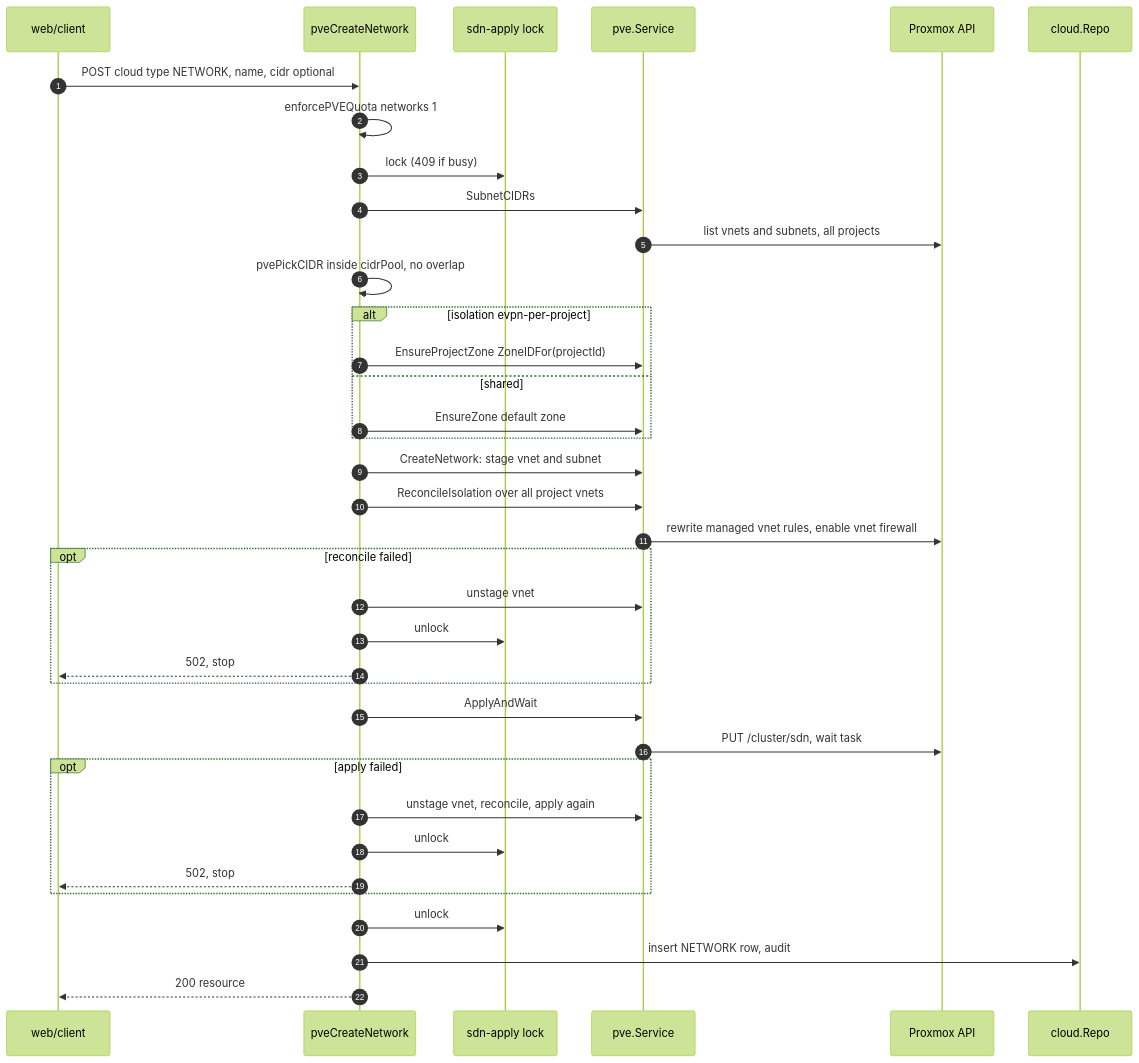
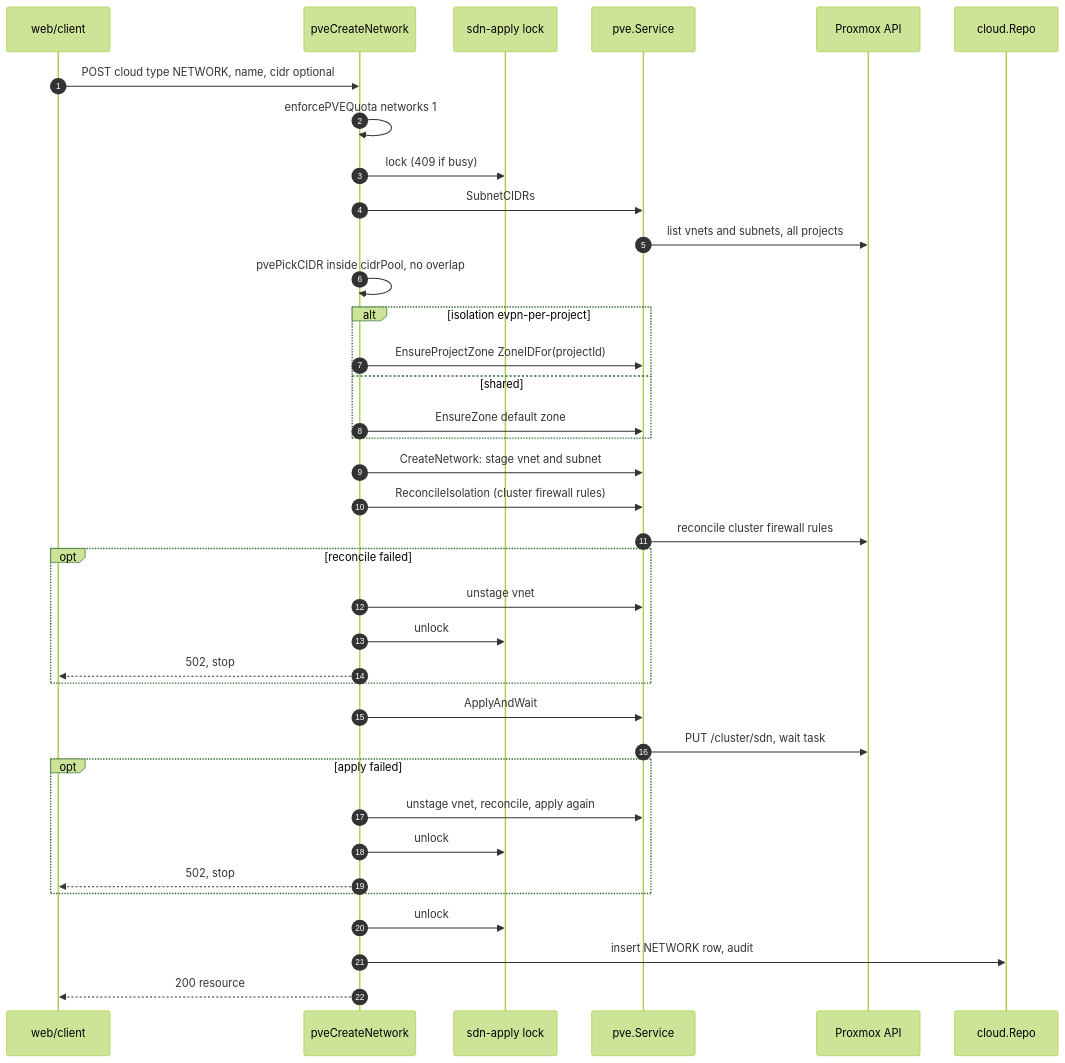
One commit to mutex-solutions/proxcloud changed the fifth of 7 diagrams in docs/architecture/c4/c4-code.md. Above: the diagram before and after it, drawn with Mermaid (forest theme). The commit also changed other lines of this file and 33 other files, not shown here.

First line of the commit message:
fix(pve): make tenant networking work on a real cluster

````diff
--- a/docs/architecture/c4/c4-code.md
+++ b/docs/architecture/c4/c4-code.md
@@ -247,40 +269,40 @@
 ```mermaid
 sequenceDiagram
   autonumber
   participant SPA as web/client
   participant H as pveCreateNetwork
   participant L as sdn-apply lock
   participant PS as pve.Service
   participant PVE as Proxmox API
   participant R as cloud.Repo
 
   SPA->>H: POST cloud type NETWORK, name, cidr optional
   H->>H: enforcePVEQuota networks 1
   H->>L: lock (409 if busy)
   H->>PS: SubnetCIDRs
   PS->>PVE: list vnets and subnets, all projects
   H->>H: pvePickCIDR inside cidrPool, no overlap
   alt isolation evpn-per-project
     H->>PS: EnsureProjectZone ZoneIDFor(projectId)
   else shared
     H->>PS: EnsureZone default zone
   end
   H->>PS: CreateNetwork: stage vnet and subnet
-  H->>PS: ReconcileIsolation over all project vnets
-  PS->>PVE: rewrite managed vnet rules, enable vnet firewall
+  H->>PS: ReconcileIsolation (cluster firewall rules)
+  PS->>PVE: reconcile cluster firewall rules
   opt reconcile failed
     H->>PS: unstage vnet
     H->>L: unlock
     H-->>SPA: 502, stop
   end
   H->>PS: ApplyAndWait
   PS->>PVE: PUT /cluster/sdn, wait task
   opt apply failed
     H->>PS: unstage vnet, reconcile, apply again
     H->>L: unlock
     H-->>SPA: 502, stop
   end
   H->>L: unlock
   H->>R: insert NETWORK row, audit
   H-->>SPA: 200 resource
 ```
````
